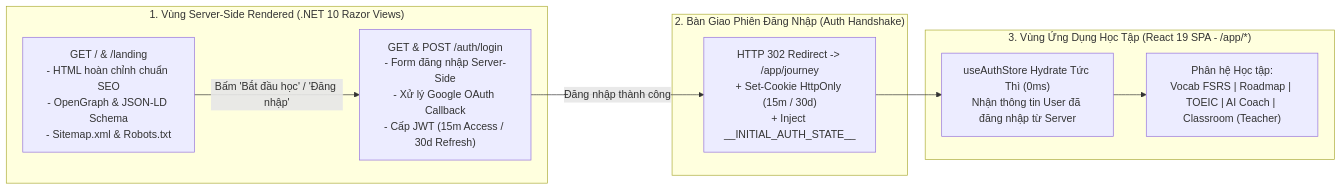
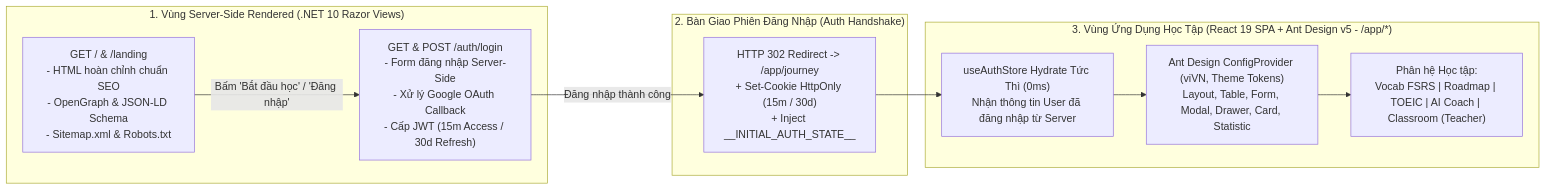
The diagram in agent/architect/04_FRONTEND_REACT_ARCHITECTURE.md (FengProfessor/Vocab), drawn with Mermaid before and after one commit. The commit also changed other lines of this file and 199 other files, not shown here.

````diff
--- a/agent/architect/04_FRONTEND_REACT_ARCHITECTURE.md
+++ b/agent/architect/04_FRONTEND_REACT_ARCHITECTURE.md
@@ -11,21 +11,22 @@
 ```mermaid
 flowchart LR
     subgraph SSR_Zone["1. Vùng Server-Side Rendered (.NET 10 Razor Views)"]
         Landing["GET / & /landing<br/>- HTML hoàn chỉnh chuẩn SEO<br/>- OpenGraph & JSON-LD Schema<br/>- Sitemap.xml & Robots.txt"]
         AuthSSR["GET & POST /auth/login<br/>- Form đăng nhập Server-Side<br/>- Xử lý Google OAuth Callback<br/>- Cấp JWT (15m Access / 30d Refresh)"]
         Landing -->|"Bấm 'Bắt đầu học' / 'Đăng nhập'"| AuthSSR
     end
 
     subgraph Handshake["2. Bàn Giao Phiên Đăng Nhập (Auth Handshake)"]
         Redirect["HTTP 302 Redirect -> /app/journey<br/>+ Set-Cookie HttpOnly (15m / 30d)<br/>+ Inject __INITIAL_AUTH_STATE__"]
     end
 
-    subgraph SPA_Zone["3. Vùng Ứng Dụng Học Tập (React 19 SPA - /app/*)"]
+    subgraph SPA_Zone["3. Vùng Ứng Dụng Học Tập (React 19 SPA + Ant Design v5 - /app/*)"]
         Hydrate["useAuthStore Hydrate Tức Thì (0ms)<br/>Nhận thông tin User đã đăng nhập từ Server"]
+        AntdConfig["Ant Design ConfigProvider (viVN, Theme Tokens)<br/>Layout, Table, Form, Modal, Drawer, Card, Statistic"]
         Modules["Phân hệ Học tập:<br/>Vocab FSRS | Roadmap | TOEIC | AI Coach | Classroom (Teacher)"]
-        Hydrate --> Modules
+        Hydrate --> AntdConfig --> Modules
     end
 
     AuthSSR -->|"Đăng nhập thành công"| Redirect
     Redirect --> Hydrate
 ```
````
